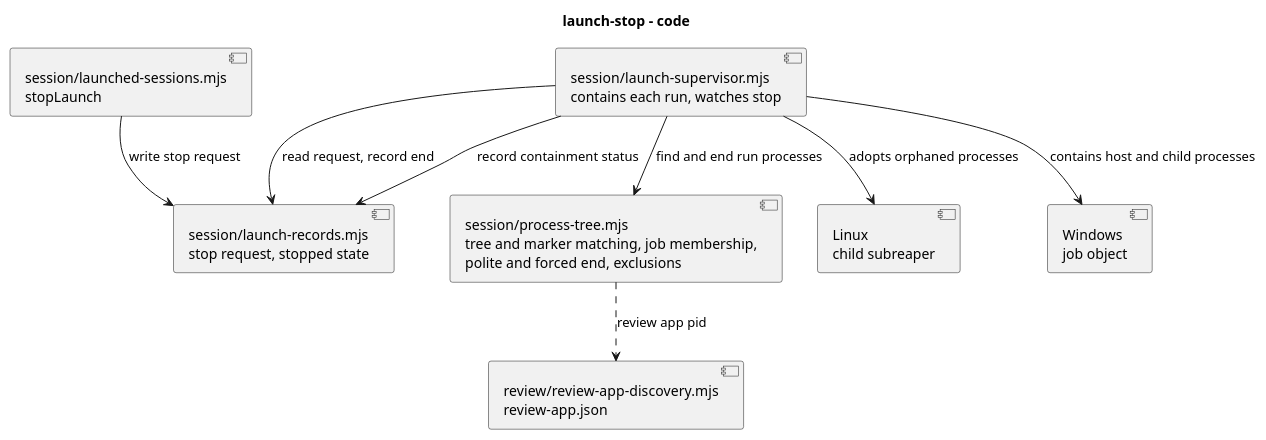
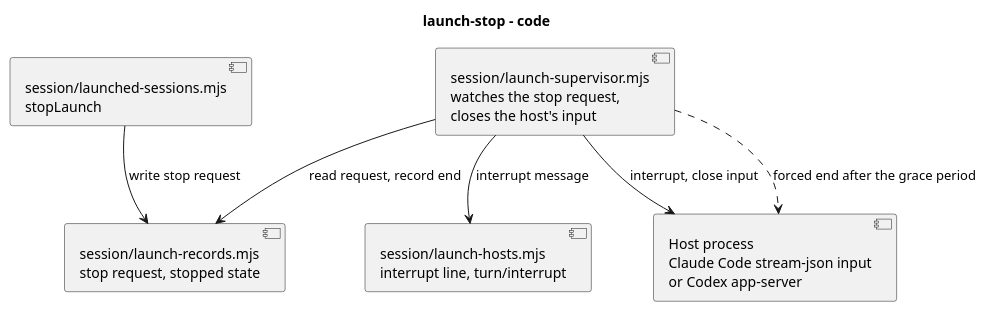
Before and after one commit to RumyantsevMichael/Prism: the diagram in docs/plans/launched-sessions/launch-stop/code.puml, drawn with PlantUML. The commit also changed 17 other files, not shown here.

First line of the commit message:
fix(launched-sessions): stop launched sessions through the hosts' own interrupt

```diff
--- a/docs/plans/launched-sessions/launch-stop/code.puml
+++ b/docs/plans/launched-sessions/launch-stop/code.puml
@@ -1,17 +1,13 @@
 @startuml
 title launch-stop - code
 component "session/launched-sessions.mjs\nstopLaunch" as Api
 component "session/launch-records.mjs\nstop request, stopped state" as Records
-component "session/launch-supervisor.mjs\ncontains each run, watches stop" as Supervisor
-component "session/process-tree.mjs\ntree and marker matching, job membership,\npolite and forced end, exclusions" as Tree
-component "Linux\nchild subreaper" as Subreaper
-component "Windows\njob object" as Job
-component "review/review-app-discovery.mjs\nreview-app.json" as Discovery
+component "session/launch-supervisor.mjs\nwatches the stop request,\ncloses the host's input" as Supervisor
+component "session/launch-hosts.mjs\ninterrupt line, turn/interrupt" as Hosts
+component "Host process\nClaude Code stream-json input\nor Codex app-server" as Host
 Api --> Records : write stop request
 Supervisor --> Records : read request, record end
-Supervisor --> Records : record containment status
-Supervisor --> Tree : find and end run processes
-Supervisor --> Subreaper : adopts orphaned processes
-Supervisor --> Job : contains host and child processes
-Tree ..> Discovery : review app pid
+Supervisor --> Hosts : interrupt message
+Supervisor --> Host : interrupt, close input
+Supervisor ..> Host : forced end after the grace period
 @enduml
```
